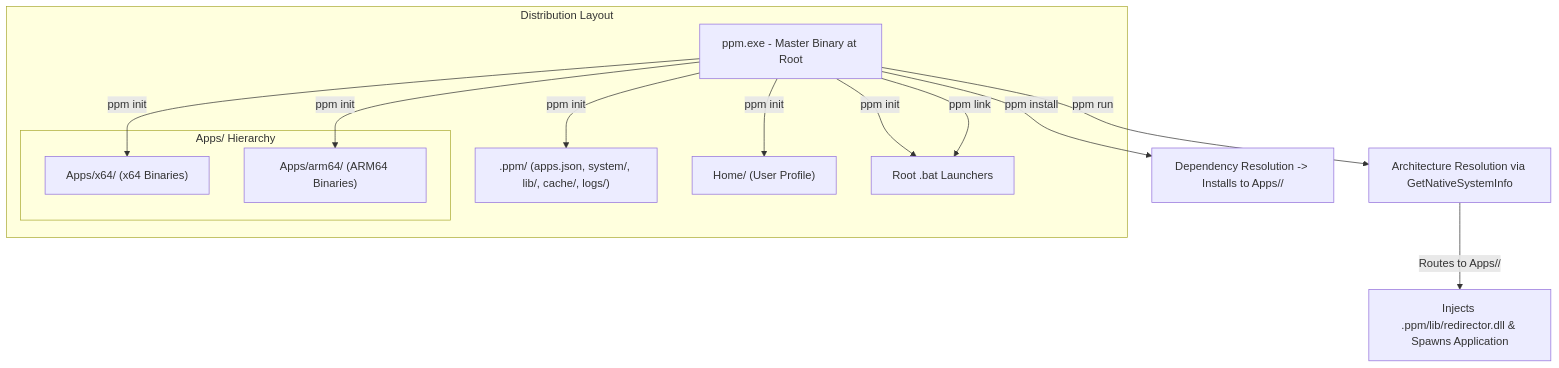
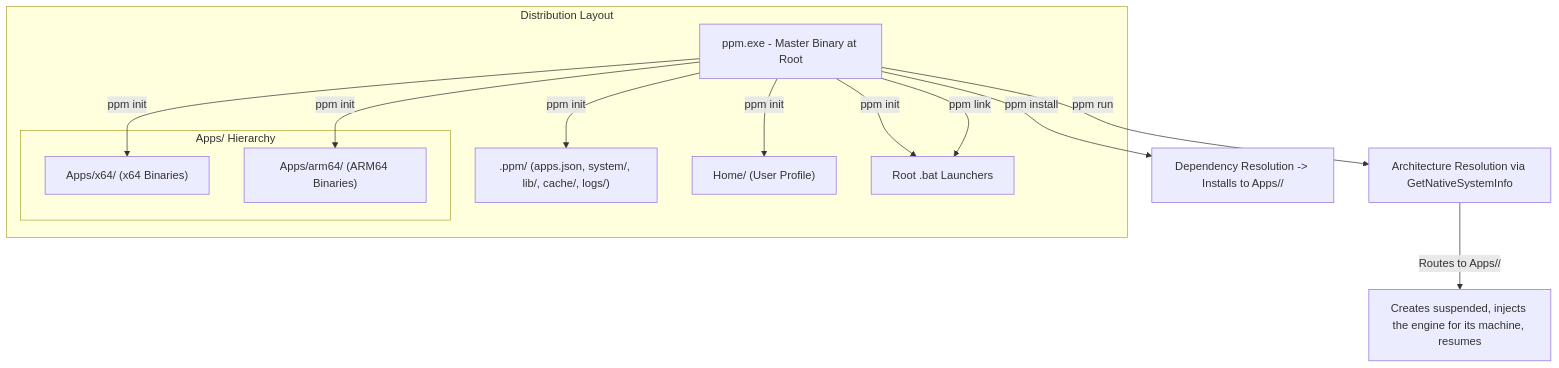
One commit to AzmainMahatab/ppm changed the first of 2 diagrams in ARCHITECTURE.md. Above: the diagram before and after it, drawn with Mermaid. The commit also changed other lines of this file and 36 other files, not shown here.

````diff
--- a/ARCHITECTURE.md
+++ b/ARCHITECTURE.md
@@ -11,20 +11,20 @@
 ```mermaid
 graph TD
     subgraph Distribution["Distribution Layout"]
         PPM["ppm.exe - Master Binary at Root"]
         PPMDir[".ppm/ (apps.json, system/, lib/, cache/, logs/)"]
         HomeDir["Home/ (User Profile)"]
         BatLaunchers["Root .bat Launchers"]
 
         subgraph AppsStructure["Apps/ Hierarchy"]
             X64Dir["Apps/x64/ (x64 Binaries)"]
             ARM64Dir["Apps/arm64/ (ARM64 Binaries)"]
         end
     end
 
     PPM -->|ppm init| PPMDir & X64Dir & ARM64Dir & HomeDir & BatLaunchers
     PPM -->|ppm install <app>| DepResolver["Dependency Resolution -> Installs to Apps/<arch>/<target_dir>"]
     PPM -->|ppm run <app>| HostDetect["Architecture Resolution via GetNativeSystemInfo"]
-    HostDetect -->|Routes to Apps/<arch>/<target_dir>| Virtualize["Injects .ppm/lib/redirector.dll & Spawns Application"]
+    HostDetect -->|Routes to Apps/<arch>/<target_dir>| Virtualize["Creates suspended, injects the engine for its machine, resumes"]
     PPM -->|ppm link| BatLaunchers
 ```
````
